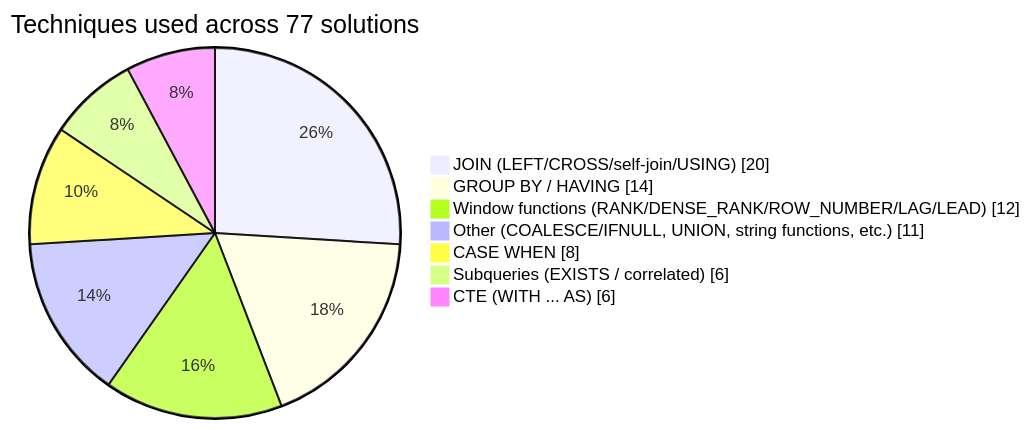
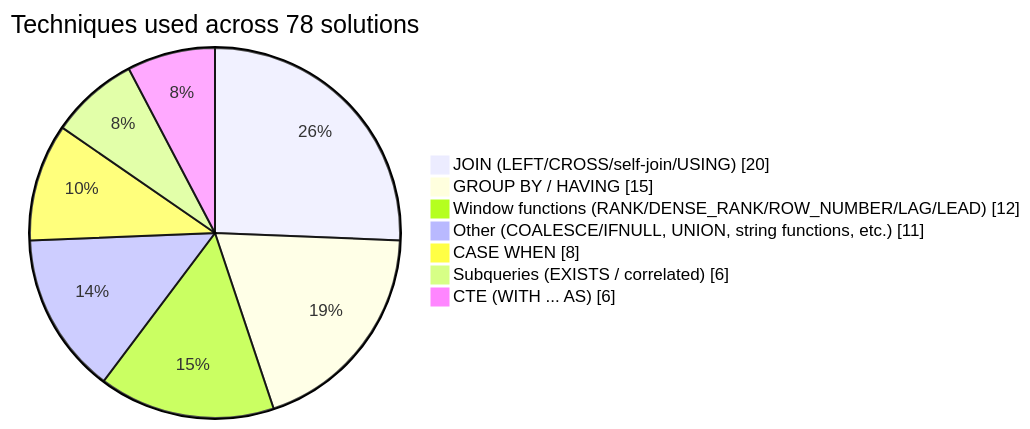
One commit to ruhlanrzayev/LeetCode_SQL_Problems changed the diagram in README.md. Above: the diagram before and after it, drawn with Mermaid. The commit also changed other lines of this file, not shown here.

Commit message:
chore: auto-update technique breakdown chart

````diff
--- a/README.md
+++ b/README.md
@@ -11,11 +11,11 @@
 ```mermaid
 pie showData
-    title Techniques used across 77 solutions
+    title Techniques used across 78 solutions
     "JOIN (LEFT/CROSS/self-join/USING)" : 20
-    "GROUP BY / HAVING" : 14
+    "GROUP BY / HAVING" : 15
     "Window functions (RANK/DENSE_RANK/ROW_NUMBER/LAG/LEAD)" : 12
     "Other (COALESCE/IFNULL, UNION, string functions, etc.)" : 11
     "CASE WHEN" : 8
     "Subqueries (EXISTS / correlated)" : 6
     "CTE (WITH ... AS)" : 6
 ```
````
